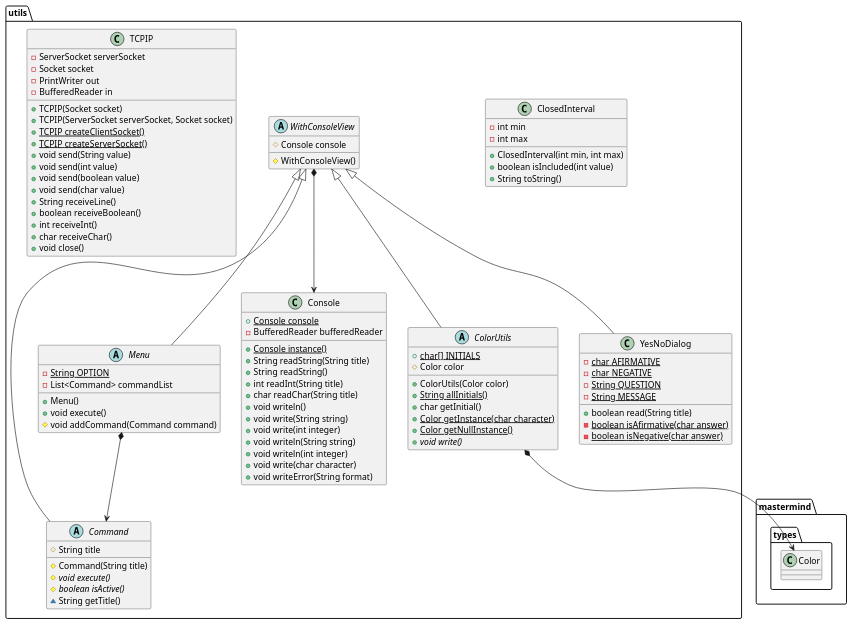
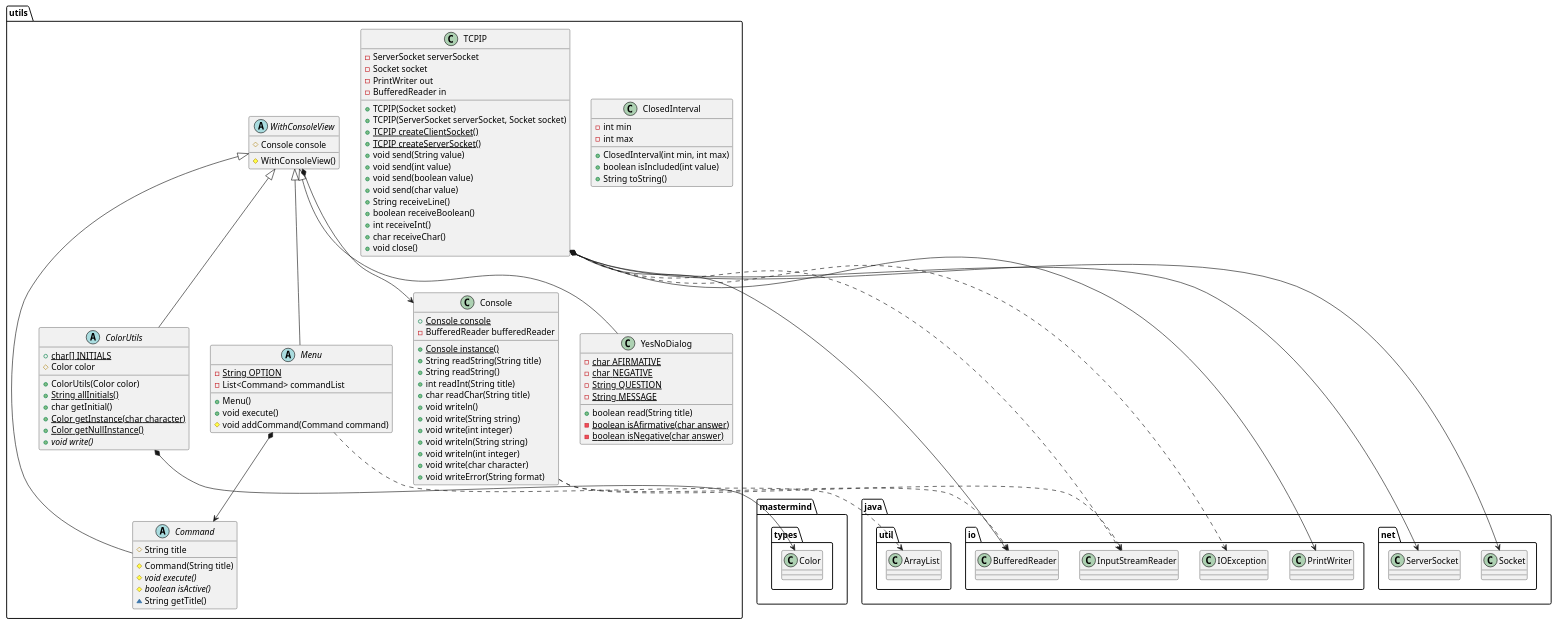
One commit to jprieto92/mastermindClientServer changed the diagram in docs/sources/paqueteMastermindUtils.iuml. Above: the diagram before and after it, drawn with PlantUML. The commit also changed 7 other files, not shown here.

Commit message:
Update some UML diagrams with use relationships

```diff
--- a/docs/sources/paqueteMastermindUtils.iuml
+++ b/docs/sources/paqueteMastermindUtils.iuml
@@ -1,97 +1,106 @@
 @startuml
 
 class utils.ClosedInterval [[java:jprieto.utils.ClosedInterval]] {
 	-int min
 	-int max
 	+ClosedInterval(int min, int max)
 	+boolean isIncluded(int value)
 	+String toString()
 }
 
 abstract class utils.ColorUtils [[java:jprieto.utils.ColorUtils]] {
 	+{static}char[] INITIALS
 	#Color color
 	+ColorUtils(Color color)
 	+{static}String allInitials()
 	+char getInitial()
 	+{static}Color getInstance(char character)
 	+{static}Color getNullInstance()
 	+{abstract}void write()
 }
 utils.WithConsoleView <|-- utils.ColorUtils
 utils.ColorUtils *-down-> mastermind.types.Color
 
 abstract class utils.Command [[java:jprieto.utils.Command]] {
 	#String title
 	#Command(String title)
 	#{abstract}void execute()
 	#{abstract}boolean isActive()
 	~String getTitle()
 }
 utils.WithConsoleView <|-- utils.Command
 
 class utils.Console [[java:jprieto.utils.Console]] {
 	+{static}Console console
 	-BufferedReader bufferedReader
 	+{static}Console instance()
 	+String readString(String title)
 	+String readString()
 	+int readInt(String title)
 	+char readChar(String title)
 	+void writeln()
 	+void write(String string)
 	+void write(int integer)
 	+void writeln(String string)
 	+void writeln(int integer)
 	+void write(char character)
 	+void writeError(String format)
 }
+utils.Console ..> java.io.BufferedReader
+utils.Console ..> java.io.InputStreamReader
 
 abstract class utils.Menu [[java:jprieto.utils.Menu]] {
 	-{static}String OPTION
 	-List<Command> commandList
 	+Menu()
 	+void execute()
 	#void addCommand(Command command)
 }
+utils.WithConsoleView <|-- utils.Menu
 utils.Menu *-down-> utils.Command
-utils.WithConsoleView <|-- utils.Menu
+utils.Menu ..> java.util.ArrayList
 
 class utils.TCPIP [[java:jprieto.utils.TCPIP]] {
 	-ServerSocket serverSocket
 	-Socket socket
 	-PrintWriter out
 	-BufferedReader in
 	+TCPIP(Socket socket)
 	+TCPIP(ServerSocket serverSocket, Socket socket)
 	+{static}TCPIP createClientSocket()
 	+{static}TCPIP createServerSocket()
 	+void send(String value)
 	+void send(int value)
 	+void send(boolean value)
 	+void send(char value)
 	+String receiveLine()
 	+boolean receiveBoolean()
 	+int receiveInt()
 	+char receiveChar()
 	+void close()
 }
+utils.TCPIP *-down-> java.io.BufferedReader
+utils.TCPIP ..> java.io.IOException
+utils.TCPIP ..> java.io.InputStreamReader
+utils.TCPIP *-down-> java.io.PrintWriter
+utils.TCPIP *-down-> java.net.ServerSocket
+utils.TCPIP *-down-> java.net.Socket
 
 abstract class utils.WithConsoleView [[java:jprieto.utils.WithConsoleView]] {
 	#Console console
 	#WithConsoleView()
 }
 utils.WithConsoleView *-down-> utils.Console
 
 class utils.YesNoDialog [[java:jprieto.utils.YesNoDialog]] {
 	-{static}char AFIRMATIVE
 	-{static}char NEGATIVE
 	-{static}String QUESTION
 	-{static}String MESSAGE
 	+boolean read(String title)
 	-{static}boolean isAfirmative(char answer)
 	-{static}boolean isNegative(char answer)
 }
 utils.WithConsoleView <|-- utils.YesNoDialog
 
 @enduml
```
